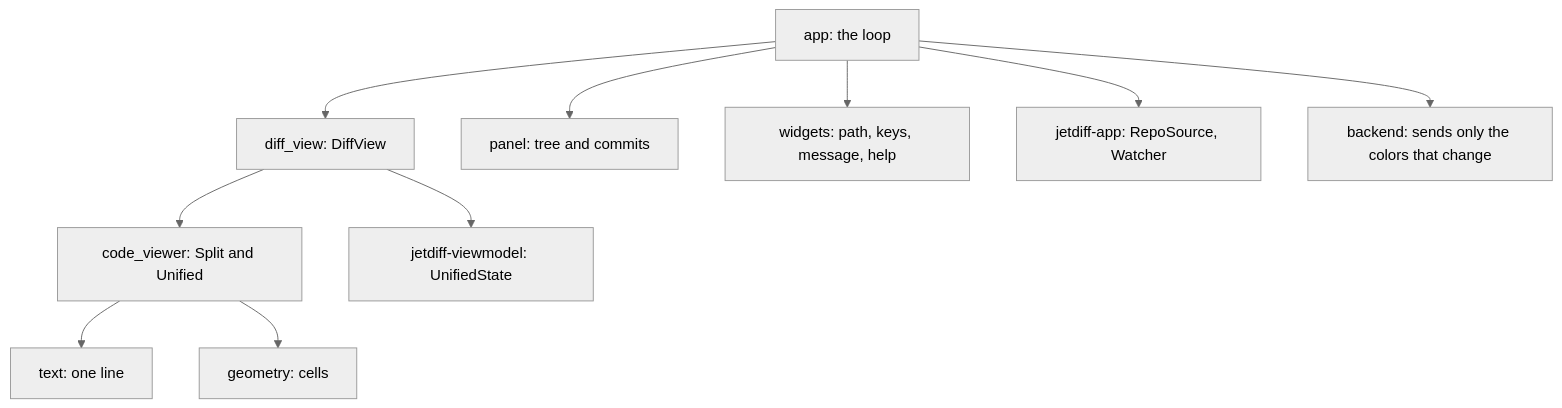
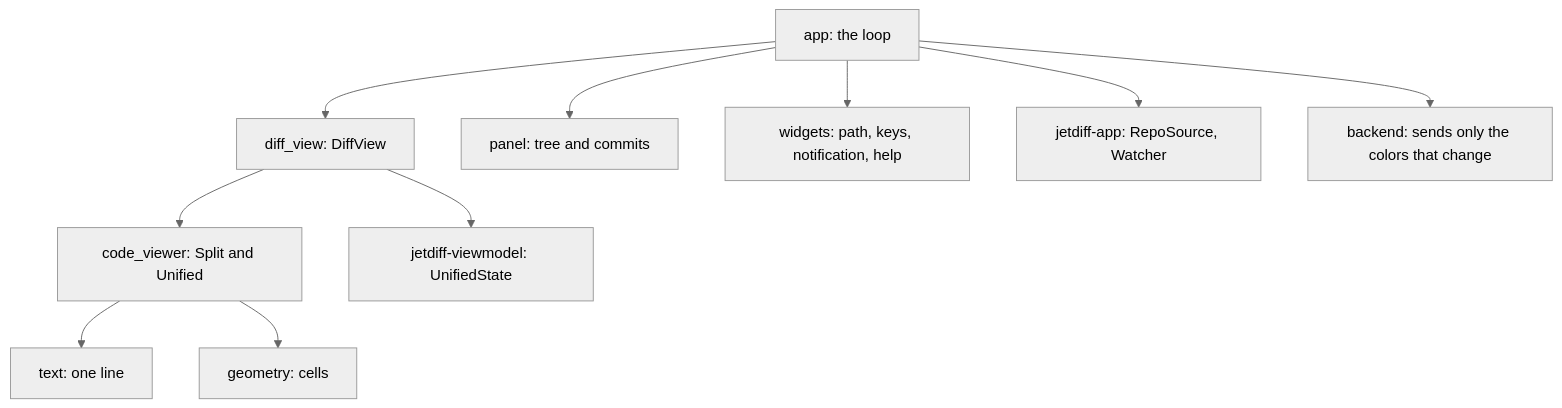
Before and after one commit to akemkers/jetdiff: the diagram in crates/jetdiff-tui/README.md, drawn with Mermaid (neutral theme). The commit also changed 22 other files, not shown here.

````diff
--- a/crates/jetdiff-tui/README.md
+++ b/crates/jetdiff-tui/README.md
@@ -32,12 +32,12 @@
 ```mermaid
 graph TD
     app[app: the loop] --> diff[diff_view: DiffView]
     app --> panel[panel: tree and commits]
-    app --> widgets[widgets: path, keys, message, help]
+    app --> widgets[widgets: path, keys, notification, help]
     app --> source[jetdiff-app: RepoSource, Watcher]
     app --> backend[backend: sends only the colors that change]
     diff --> viewer[code_viewer: Split and Unified]
     viewer --> text[text: one line]
     viewer --> geometry[geometry: cells]
     diff --> state[jetdiff-viewmodel: UnifiedState]
 ```
````
